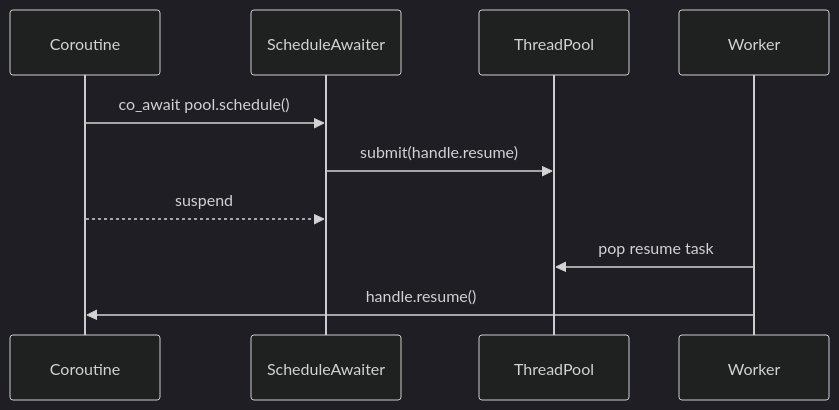
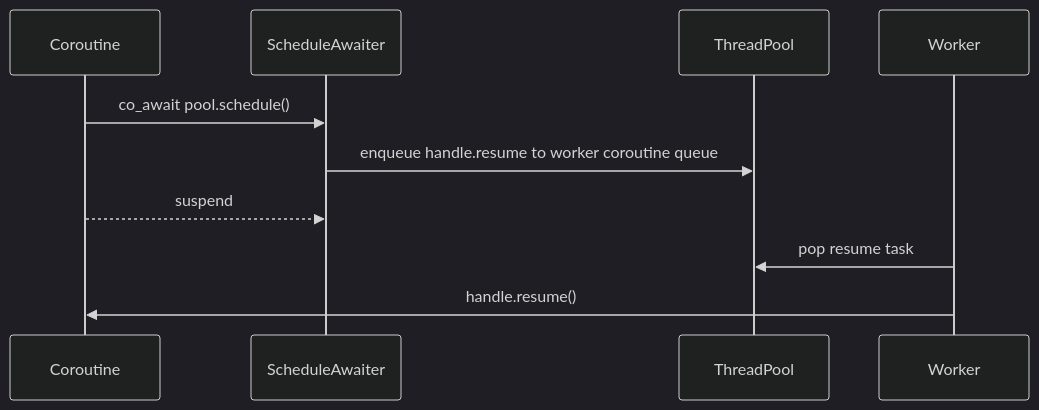
Before and after one commit to gpvi/ThreadPool: the fourth of 4 diagrams in docs/DESIGN.md, drawn with Mermaid (dark theme). The commit also changed other lines of this file and 6 other files, not shown here.

````diff
--- a/docs/DESIGN.md
+++ b/docs/DESIGN.md
@@ -326,13 +391,13 @@
 ```mermaid
 sequenceDiagram
     participant Co as Coroutine
     participant Aw as ScheduleAwaiter
     participant P as ThreadPool
     participant W as Worker
 
     Co->>Aw: co_await pool.schedule()
-    Aw->>P: submit(handle.resume)
+    Aw->>P: enqueue handle.resume to worker coroutine queue
     Co-->>Aw: suspend
     W->>P: pop resume task
     W->>Co: handle.resume()
 ```
````
